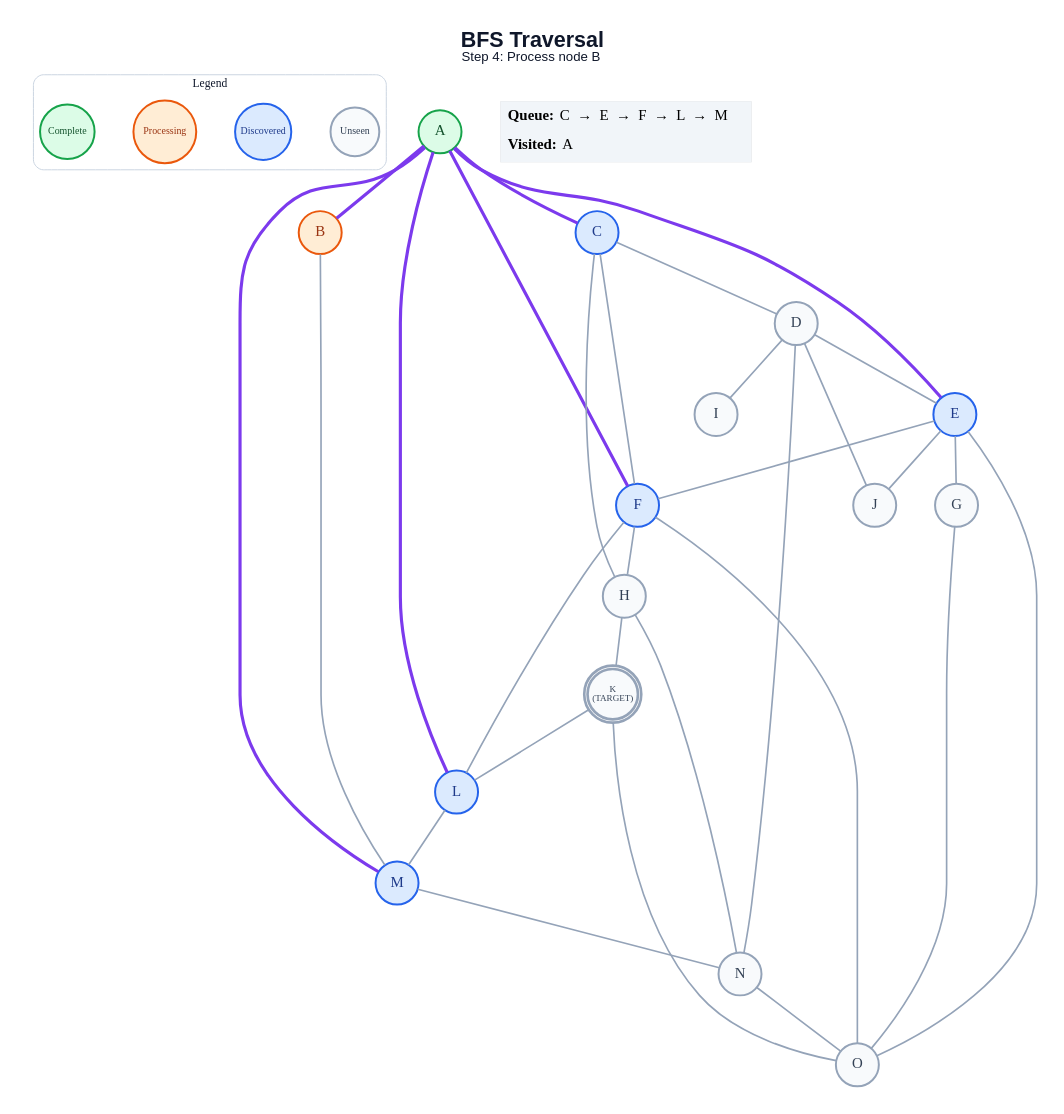
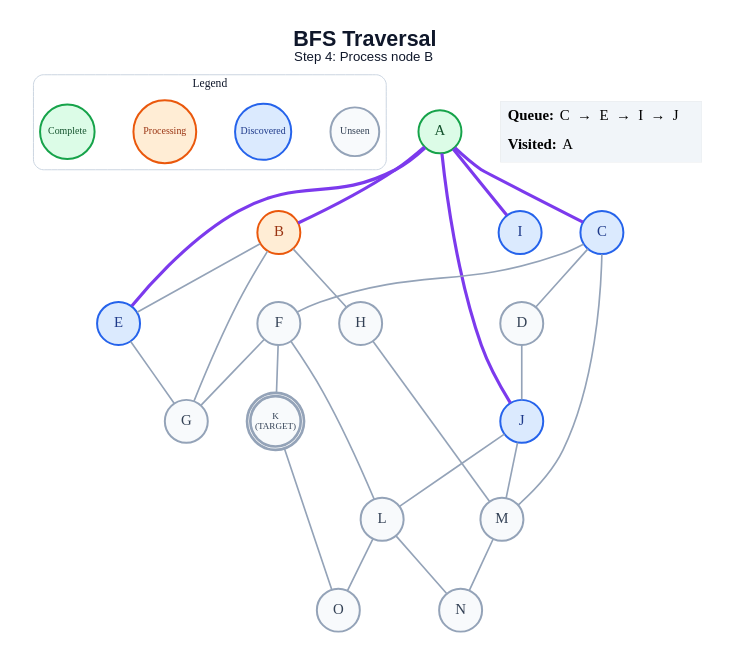
One commit to anon7238593-create/ai-slop changed the diagram in generated/bfs/step_04.dot. Above: the diagram before and after it, drawn with Graphviz. The commit also changed 289 other files, not shown here.

```diff
--- a/generated/bfs/step_04.dot
+++ b/generated/bfs/step_04.dot
@@ -1,63 +1,57 @@
 graph traversal {
   graph [layout=dot, rankdir=TB, bgcolor="#FFFFFF", pad="0.35", nodesep="0.65", ranksep="0.8", fontname="Arial"];
   node [shape=circle, style="filled", fontname="Arial Bold", fontsize=18, width=0.72, fixedsize=true, penwidth=2.4];
   edge [color="#94A3B8", penwidth=2.0];
   label=<<B>BFS Traversal</B><BR/><FONT POINT-SIZE="16">Step 4: Process node B</FONT>>; labelloc="t"; fontsize=26; fontname="Arial"; fontcolor="#0F172A";
   subgraph cluster_legend { label="Legend"; color="#CBD5E1"; penwidth=1.2; style="rounded"; fontsize=14; fontname="Arial Bold";
     key_unseen [label="Unseen", fillcolor="#F8FAFC", color="#94A3B8", fontcolor="#334155", fontsize=12, width=0.82];
     key_frontier [label="Discovered", fillcolor="#DBEAFE", color="#2563EB", fontcolor="#1E3A8A", fontsize=12, width=0.95];
     key_current [label="Processing", fillcolor="#FFEDD5", color="#EA580C", fontcolor="#9A3412", fontsize=12, width=1.05];
     key_done [label="Complete", fillcolor="#DCFCE7", color="#16A34A", fontcolor="#14532D", fontsize=12, width=0.92];
     { rank=same; key_unseen; key_frontier; key_current; key_done; }
   }
   A [label="A", fillcolor="#DCFCE7", color="#16A34A", fontcolor="#14532D", peripheries=1, penwidth=2.4];
   B [label="B", fillcolor="#FFEDD5", color="#EA580C", fontcolor="#9A3412", peripheries=1, penwidth=2.4];
   C [label="C", fillcolor="#DBEAFE", color="#2563EB", fontcolor="#1E3A8A", peripheries=1, penwidth=2.4];
   D [label="D", fillcolor="#F8FAFC", color="#94A3B8", fontcolor="#334155", peripheries=1, penwidth=2.4];
   E [label="E", fillcolor="#DBEAFE", color="#2563EB", fontcolor="#1E3A8A", peripheries=1, penwidth=2.4];
-  F [label="F", fillcolor="#DBEAFE", color="#2563EB", fontcolor="#1E3A8A", peripheries=1, penwidth=2.4];
+  F [label="F", fillcolor="#F8FAFC", color="#94A3B8", fontcolor="#334155", peripheries=1, penwidth=2.4];
   G [label="G", fillcolor="#F8FAFC", color="#94A3B8", fontcolor="#334155", peripheries=1, penwidth=2.4];
   H [label="H", fillcolor="#F8FAFC", color="#94A3B8", fontcolor="#334155", peripheries=1, penwidth=2.4];
-  I [label="I", fillcolor="#F8FAFC", color="#94A3B8", fontcolor="#334155", peripheries=1, penwidth=2.4];
-  J [label="J", fillcolor="#F8FAFC", color="#94A3B8", fontcolor="#334155", peripheries=1, penwidth=2.4];
+  I [label="I", fillcolor="#DBEAFE", color="#2563EB", fontcolor="#1E3A8A", peripheries=1, penwidth=2.4];
+  J [label="J", fillcolor="#DBEAFE", color="#2563EB", fontcolor="#1E3A8A", peripheries=1, penwidth=2.4];
   K [label="K\n(TARGET)", fillcolor="#F8FAFC", color="#94A3B8", fontcolor="#334155", peripheries=2, penwidth=3.2, fontsize=11, width=0.85, height=0.85];
-  L [label="L", fillcolor="#DBEAFE", color="#2563EB", fontcolor="#1E3A8A", peripheries=1, penwidth=2.4];
-  M [label="M", fillcolor="#DBEAFE", color="#2563EB", fontcolor="#1E3A8A", peripheries=1, penwidth=2.4];
+  L [label="L", fillcolor="#F8FAFC", color="#94A3B8", fontcolor="#334155", peripheries=1, penwidth=2.4];
+  M [label="M", fillcolor="#F8FAFC", color="#94A3B8", fontcolor="#334155", peripheries=1, penwidth=2.4];
   N [label="N", fillcolor="#F8FAFC", color="#94A3B8", fontcolor="#334155", peripheries=1, penwidth=2.4];
   O [label="O", fillcolor="#F8FAFC", color="#94A3B8", fontcolor="#334155", peripheries=1, penwidth=2.4];
   A -- B [color="#7C3AED", penwidth=3.8];
   A -- C [color="#7C3AED", penwidth=3.8];
   A -- E [color="#7C3AED", penwidth=3.8];
-  A -- F [color="#7C3AED", penwidth=3.8];
-  A -- L [color="#7C3AED", penwidth=3.8];
-  A -- M [color="#7C3AED", penwidth=3.8];
-  B -- M;
+  A -- I [color="#7C3AED", penwidth=3.8];
+  A -- J [color="#7C3AED", penwidth=3.8];
+  B -- E;
+  B -- G;
+  B -- H;
   C -- D;
   C -- F;
-  C -- H;
-  D -- E;
-  D -- I;
+  C -- M;
   D -- J;
-  D -- N;
-  E -- F;
   E -- G;
-  E -- J;
-  E -- O;
-  F -- H;
+  F -- G;
+  F -- K;
   F -- L;
-  F -- O;
-  G -- O;
-  H -- K;
-  H -- N;
-  K -- L;
+  H -- M;
+  J -- L;
+  J -- M;
   K -- O;
-  L -- M;
+  L -- N;
+  L -- O;
   M -- N;
-  N -- O;
   status [shape=plain, fixedsize=false, width=0, height=0, margin=0, label=<
     <TABLE BORDER="0" CELLBORDER="0" CELLPADDING="7" BGCOLOR="#F1F5F9">
-      <TR><TD ALIGN="LEFT"><B>Queue:</B> C  →  E  →  F  →  L  →  M</TD></TR>
+      <TR><TD ALIGN="LEFT"><B>Queue:</B> C  →  E  →  I  →  J</TD></TR>
       <TR><TD ALIGN="LEFT"><B>Visited:</B> A</TD></TR>
     </TABLE>
   >];
 }
```
